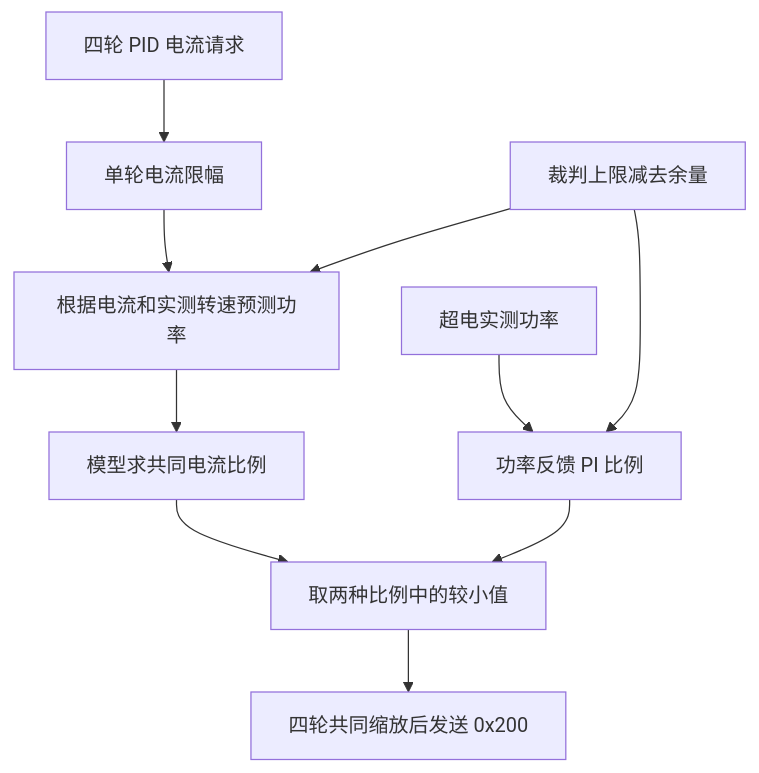
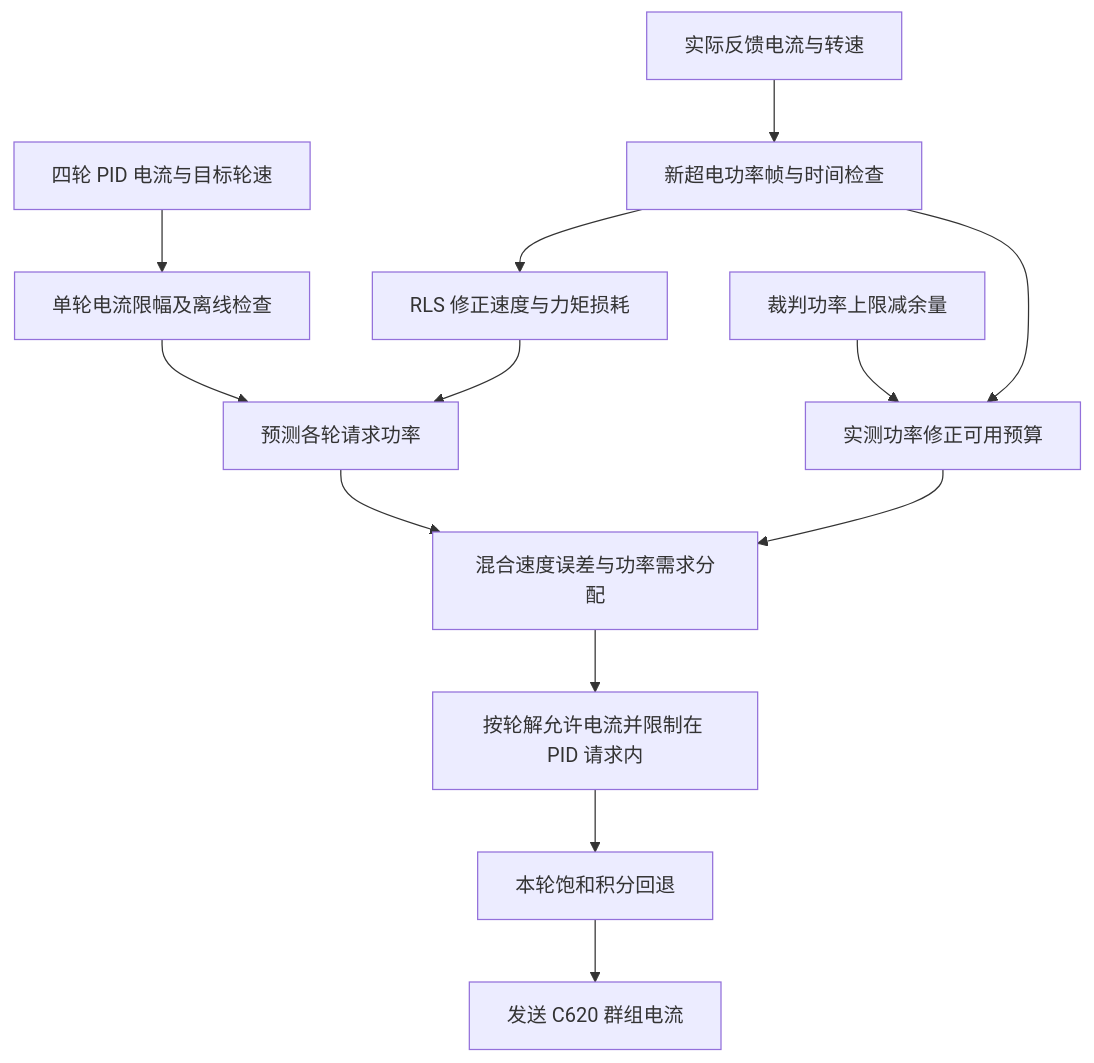
Before and after one commit to RP27-EC/27_LHX: the diagram in 文档/04_功率控制.md, drawn with Mermaid. The commit also changed other lines of this file and 26 other files, not shown here.

````diff
--- a/文档/04_功率控制.md
+++ b/文档/04_功率控制.md
@@ -7,12 +15,15 @@
 ```mermaid
 flowchart TD
-    A[四轮 PID 电流请求] --> B[单轮电流限幅]
-    B --> C[根据电流和实测转速预测功率]
-    D[裁判上限减去余量] --> C
-    C --> E[模型求共同电流比例]
-    F[超电实测功率] --> G[功率反馈 PI 比例]
-    D --> G
-    E --> H[取两种比例中的较小值]
-    G --> H
-    H --> I[四轮共同缩放后发送 0x200]
+    A[四轮 PID 电流与目标轮速] --> B[单轮电流限幅及离线检查]
+    C[实际反馈电流与转速] --> D[新超电功率帧与时间检查]
+    D --> E[RLS 修正速度与力矩损耗]
+    E --> F[预测各轮请求功率]
+    B --> F
+    G[裁判功率上限减余量] --> H[实测功率修正可用预算]
+    D --> H
+    F --> I[混合速度误差与功率需求分配]
+    H --> I
+    I --> J[按轮解允许电流并限制在 PID 请求内]
+    J --> K[本轮饱和积分回退]
+    K --> L[发送 C620 群组电流]
 ```
````
